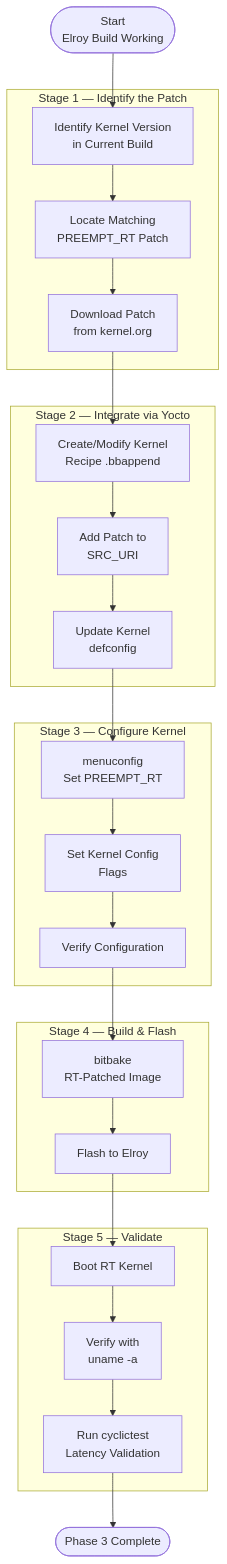
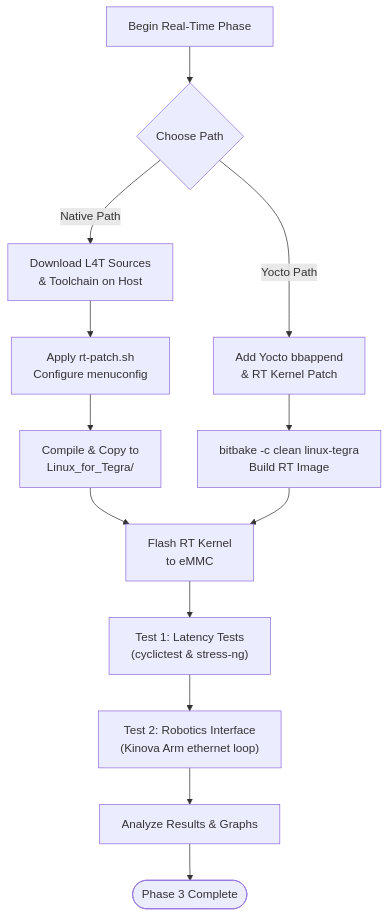
The diagram in docs/phase3/index.md (ajaymrk95/yocto-project-build-docs), drawn with Mermaid before and after one commit. The commit also changed other lines of this file and 15 other files, not shown here.

````diff
--- a/docs/phase3/index.md
+++ b/docs/phase3/index.md
@@ -17,35 +65,19 @@
 ```mermaid
 flowchart TD
-    START(["Start\nElroy Build Working"]) --> FIND
-
-    subgraph S1["Stage 1 — Identify the Patch"]
-        FIND["Identify Kernel Version\nin Current Build"]
-        FIND --> LOCATE["Locate Matching\nPREEMPT_RT Patch"]
-        LOCATE --> DOWNLOAD["Download Patch\nfrom kernel.org"]
-    end
-
-    subgraph S2["Stage 2 — Integrate via Yocto"]
-        DOWNLOAD --> RECIPE["Create/Modify Kernel\nRecipe .bbappend"]
-        RECIPE --> SRC_URI["Add Patch to\nSRC_URI"]
-        SRC_URI --> DEFCONFIG["Update Kernel\ndefconfig"]
-    end
-
-    subgraph S3["Stage 3 — Configure Kernel"]
-        DEFCONFIG --> MENUCONFIG["menuconfig\nSet PREEMPT_RT"]
-        MENUCONFIG --> FLAGS["Set Kernel Config\nFlags"]
-        FLAGS --> VERIFY_CFG["Verify Configuration"]
-    end
-
-    subgraph S4["Stage 4 — Build & Flash"]
-        VERIFY_CFG --> BUILD["bitbake\nRT-Patched Image"]
-        BUILD --> FLASH["Flash to Elroy"]
-    end
-
-    subgraph S5["Stage 5 — Validate"]
-        FLASH --> BOOT["Boot RT Kernel"]
-        BOOT --> UNAME["Verify with\nuname -a"]
-        UNAME --> CYCLICTEST["Run cyclictest\nLatency Validation"]
-    end
-
-    CYCLICTEST --> DONE(["Phase 3 Complete"])
+    A["Begin Real-Time Phase"] --> B{"Choose Path"}
+    
+    B -->|"Native Path"| C["Download L4T Sources\n& Toolchain on Host"]
+    C --> D["Apply rt-patch.sh\nConfigure menuconfig"]
+    D --> E["Compile & Copy to\nLinux_for_Tegra/"]
+    
+    B -->|"Yocto Path"| F["Add Yocto bbappend\n& RT Kernel Patch"]
+    F --> G["bitbake -c clean linux-tegra\nBuild RT Image"]
+    
+    E --> H["Flash RT Kernel\nto eMMC"]
+    G --> H
+    
+    H --> I["Test 1: Latency Tests\n(cyclictest & stress-ng)"]
+    I --> J["Test 2: Robotics Interface\n(Kinova Arm ethernet loop)"]
+    J --> K["Analyze Results & Graphs"]
+    K --> L(["Phase 3 Complete"])
 ```
````
